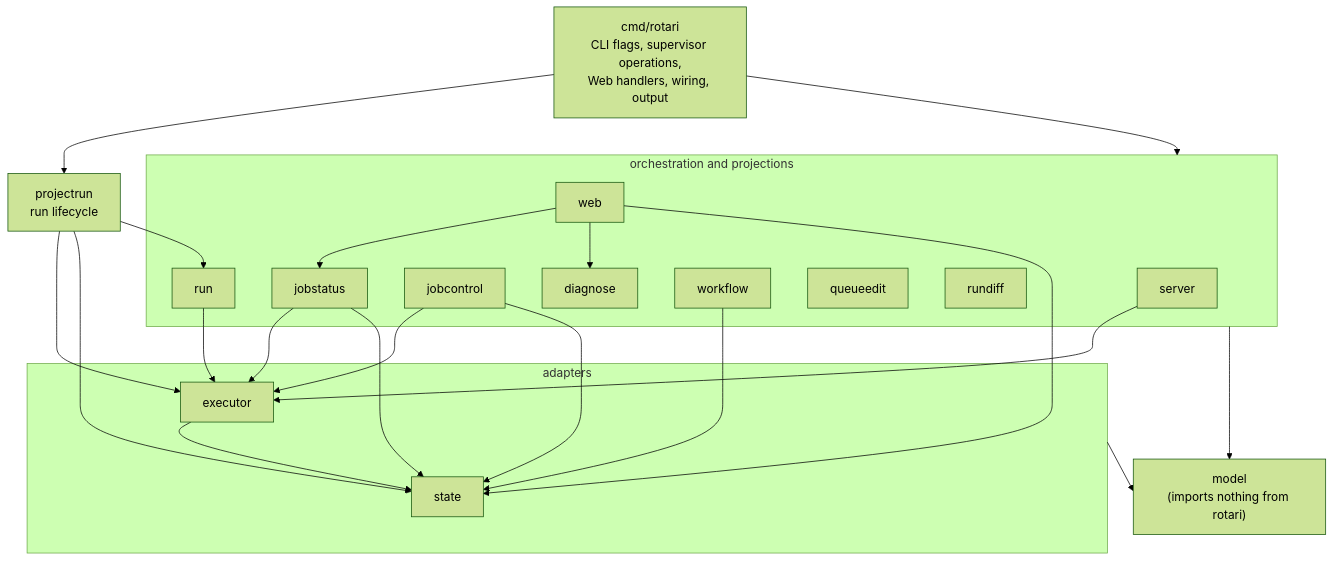
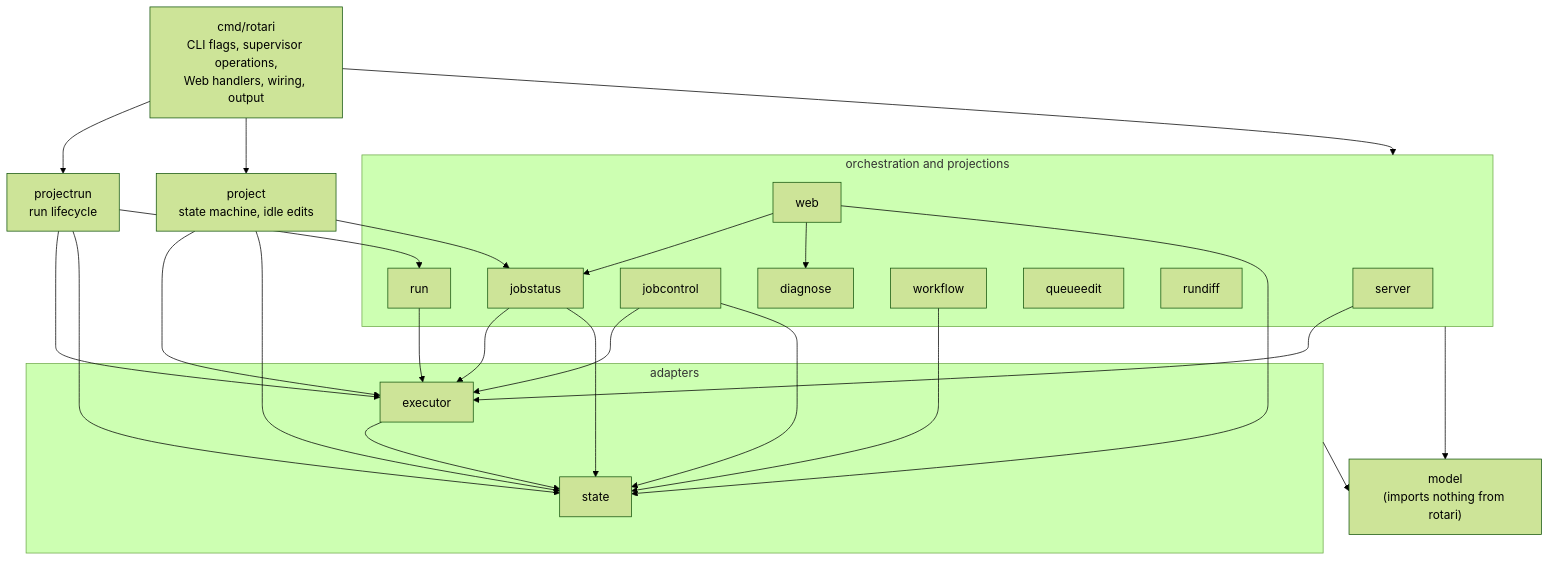
One commit to kamo-naoyuki/rotari changed the second of 2 diagrams in docs/ARCHITECTURE.md. Above: the diagram before and after it, drawn with Mermaid (forest theme). The commit also changed other lines of this file and 24 other files, not shown here.

First line of the commit message:
refactor(project): move project state and idle edits into internal/project

````diff
--- a/docs/ARCHITECTURE.md
+++ b/docs/ARCHITECTURE.md
@@ -96,40 +96,45 @@
 ```mermaid
 flowchart TB
   cmd["cmd/rotari<br/>CLI flags, supervisor operations,<br/>Web handlers, wiring, output"]
   projectrun["projectrun<br/>run lifecycle"]
+  project["project<br/>state machine, idle edits"]
   subgraph l2["orchestration and projections"]
     server
     run
     jobcontrol
     web
     jobstatus
     workflow
     queueedit
     rundiff
     diagnose
   end
   subgraph l1["adapters"]
     executor
     state
   end
   model["model<br/>(imports nothing from rotari)"]
 
   cmd --> projectrun
+  cmd --> project
+  project --> jobstatus
+  project --> executor
+  project --> state
   cmd --> l2
   projectrun --> run
   projectrun --> executor
   projectrun --> state
   server --> executor
   run --> executor
   jobcontrol --> executor
   jobcontrol --> state
   web --> jobstatus
   web --> diagnose
   web --> state
   jobstatus --> executor
   jobstatus --> state
   workflow --> state
   executor --> state
   l1 --> model
   l2 --> model
 ```
````
